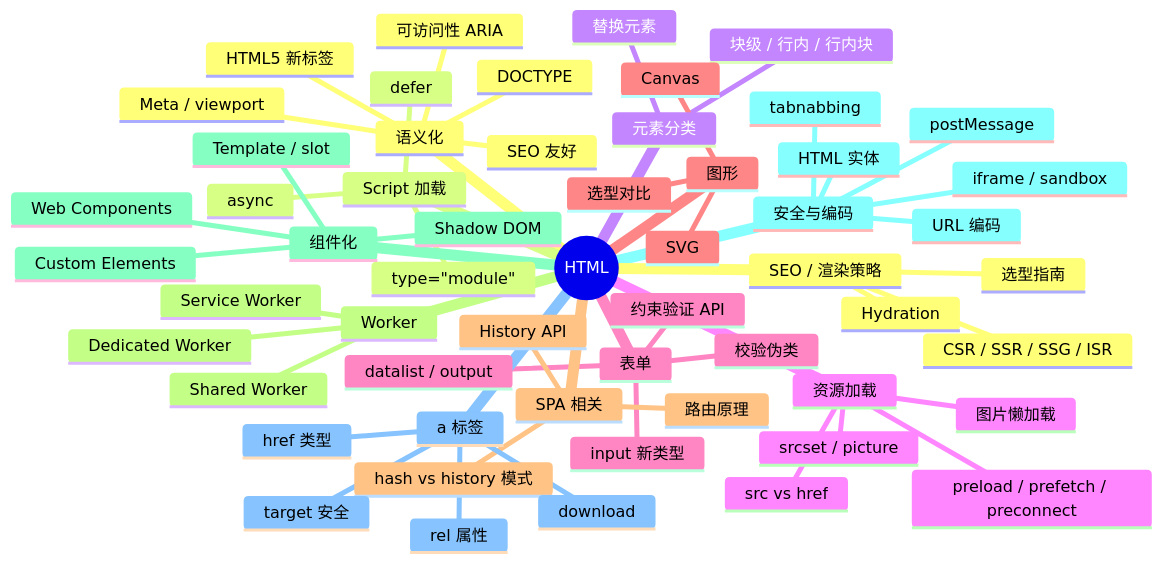
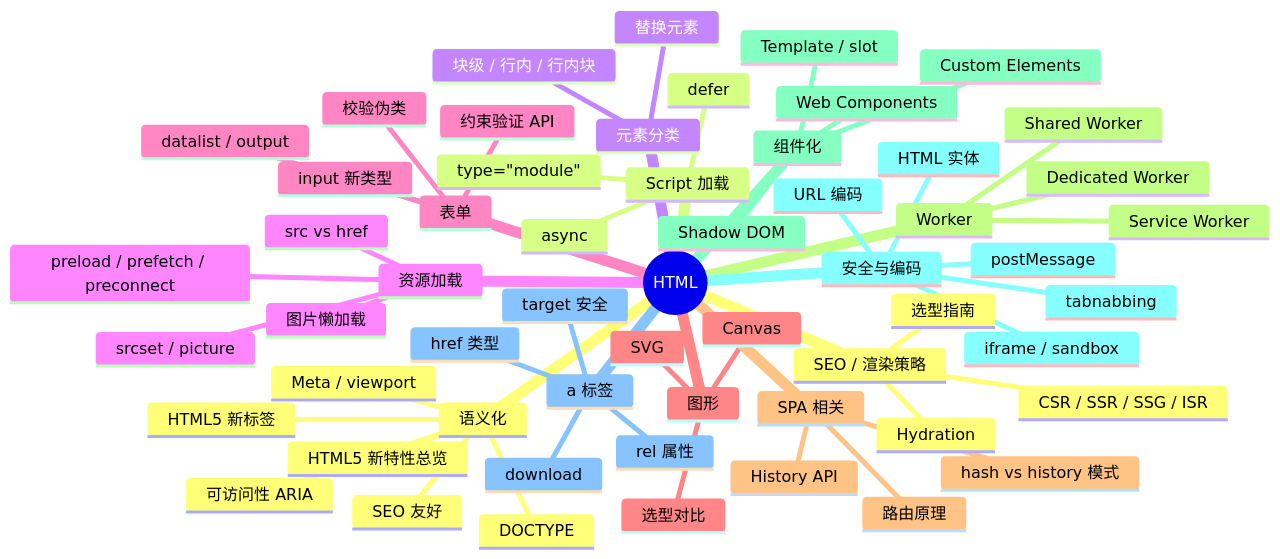
One commit to zjh42139/interview-notes changed the diagram in docs/HTML/index.md. Above: the diagram before and after it, drawn with Mermaid. The commit also changed other lines of this file and 44 other files, not shown here.

````diff
--- a/docs/HTML/index.md
+++ b/docs/HTML/index.md
@@ -10,59 +10,60 @@
 ```mermaid
 mindmap
   root((HTML))
     语义化
+      HTML5 新特性总览
       HTML5 新标签
       DOCTYPE
       Meta / viewport
       可访问性 ARIA
       SEO 友好
     Script 加载
       defer
       async
       type="module"
     元素分类
       块级 / 行内 / 行内块
       替换元素
     资源加载
       src vs href
       preload / prefetch / preconnect
       图片懒加载
       srcset / picture
     表单
       input 新类型
       约束验证 API
       校验伪类
       datalist / output
     图形
       Canvas
       SVG
       选型对比
     SPA 相关
       History API
       hash vs history 模式
       路由原理
     Worker
       Dedicated Worker
       Shared Worker
       Service Worker
     组件化
       Web Components
       Shadow DOM
       Custom Elements
       Template / slot
     安全与编码
       iframe / sandbox
       postMessage
       tabnabbing
       HTML 实体
       URL 编码
     a 标签
       href 类型
       target 安全
       rel 属性
       download
     SEO / 渲染策略
       CSR / SSR / SSG / ISR
       Hydration
       选型指南
 ```
````
